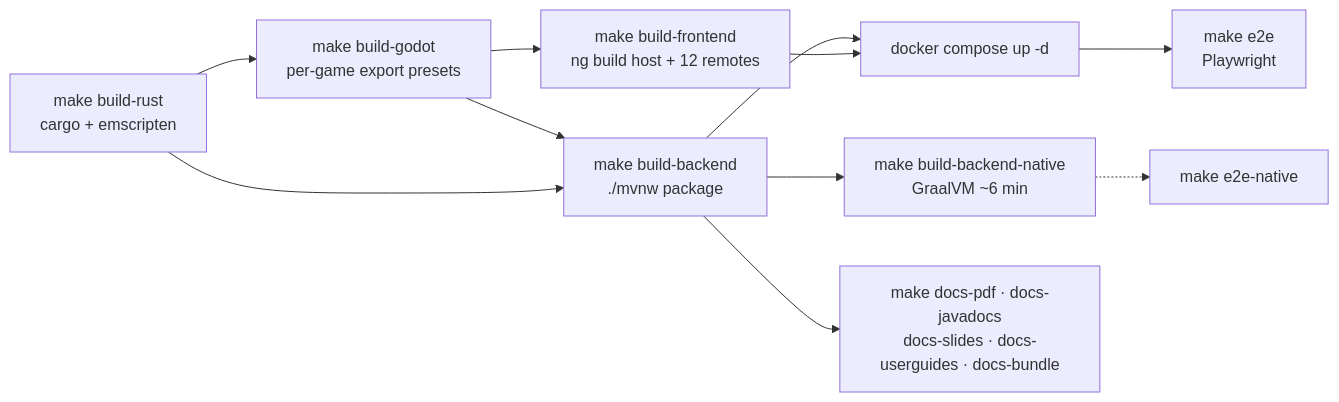
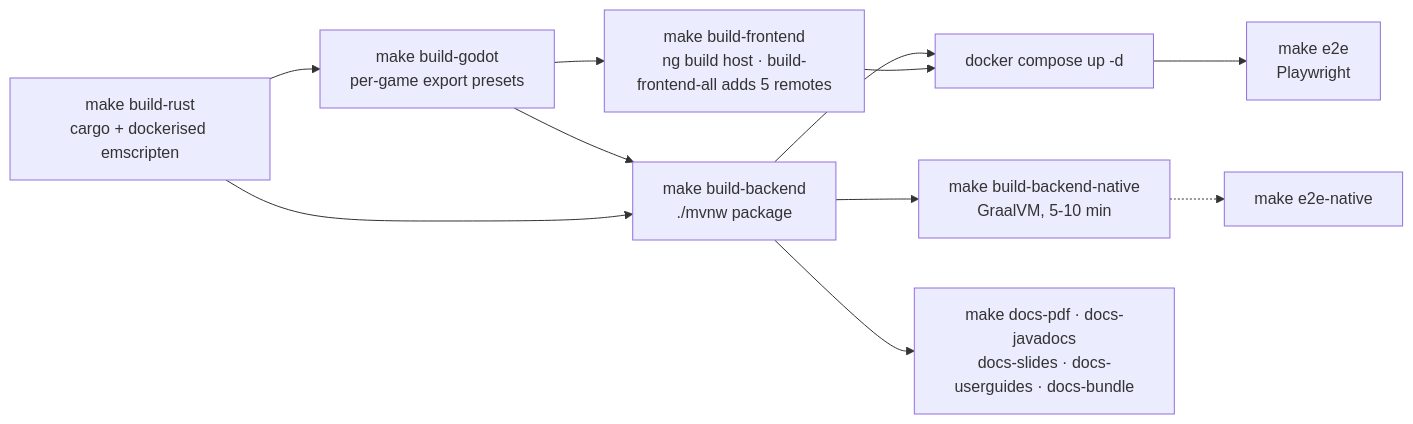
The diagram in content/games/build-and-deploy.md (hugmesh/hugmesh.github.io), drawn with Mermaid before and after one commit. The commit also changed other lines of this file and 194 other files, not shown here.

````diff
--- a/content/games/build-and-deploy.md
+++ b/content/games/build-and-deploy.md
@@ -17,13 +17,13 @@
 ```mermaid
 flowchart LR
-    rust[make build-rust<br/>cargo + emscripten] --> godot[make build-godot<br/>per-game export presets]
+    rust[make build-rust<br/>cargo + dockerised emscripten] --> godot[make build-godot<br/>per-game export presets]
     godot --> backend[make build-backend<br/>./mvnw package]
     rust --> backend
-    godot --> frontend[make build-frontend<br/>ng build host + 12 remotes]
+    godot --> frontend[make build-frontend<br/>ng build host · build-frontend-all adds 5 remotes]
     backend --> compose[docker compose up -d]
     frontend --> compose
-    backend --> native[make build-backend-native<br/>GraalVM ~6 min]
+    backend --> native[make build-backend-native<br/>GraalVM, 5-10 min]
     native -.-> e2enative[make e2e-native]
     compose --> e2e[make e2e<br/>Playwright]
     backend --> docs[make docs-pdf · docs-javadocs<br/>docs-slides · docs-userguides · docs-bundle]
 ```
````
